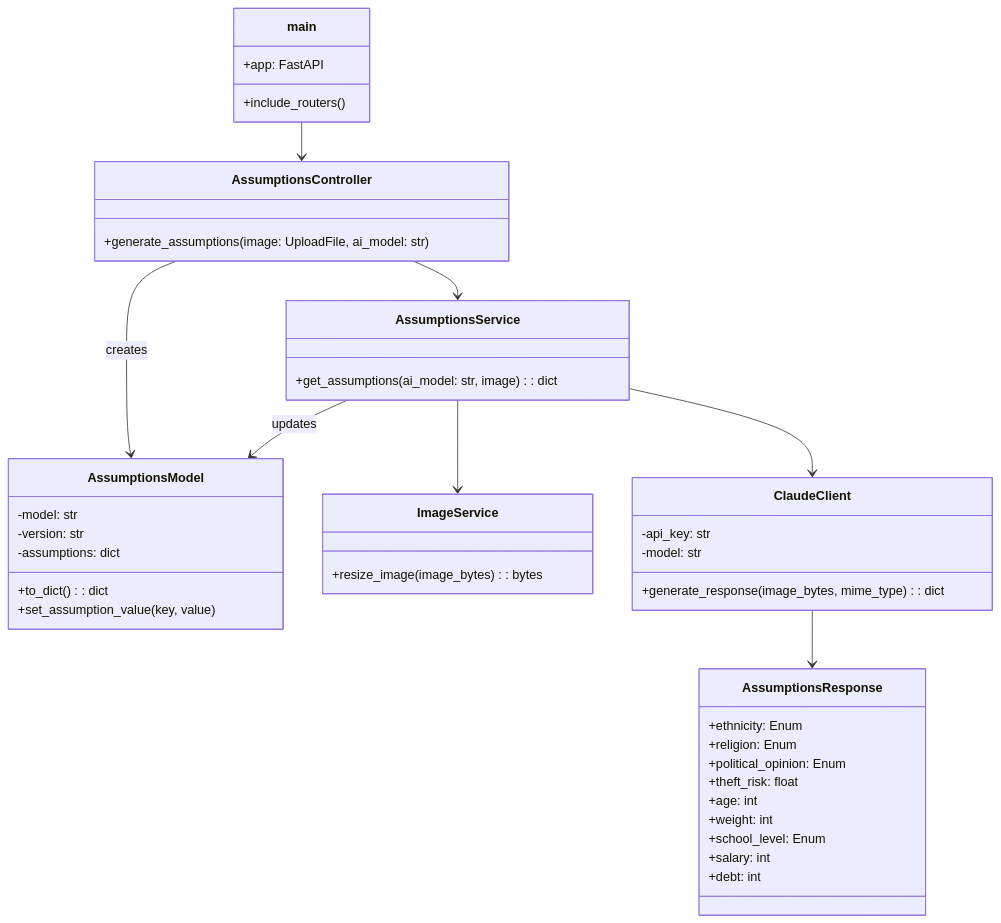
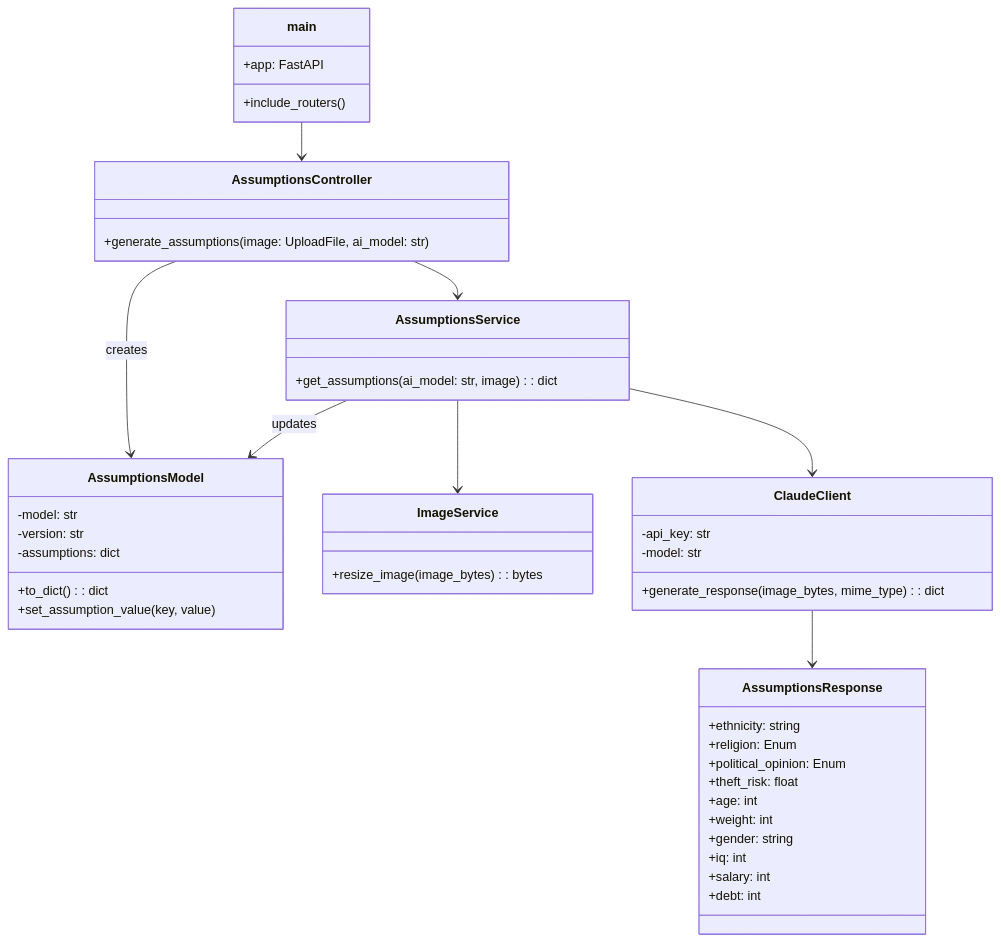
The first of 2 diagrams in docs/ai/uml_generated.md (Lake3205/AI-photobooth), drawn with Mermaid before and after one commit. The commit also changed 4 other files, not shown here.

````diff
--- a/docs/ai/uml_generated.md
+++ b/docs/ai/uml_generated.md
@@ -7,60 +7,61 @@
 ```mermaid
 classDiagram
 
     %% Models
     class AssumptionsResponse {
-      +ethnicity: Enum
+      +ethnicity: string
       +religion: Enum
       +political_opinion: Enum
       +theft_risk: float
       +age: int
       +weight: int
-      +school_level: Enum
+      +gender: string
+      +iq: int
       +salary: int
       +debt: int
     }
 
     class AssumptionsModel {
       -model: str
       -version: str
       -assumptions: dict
       +to_dict(): dict
       +set_assumption_value(key, value)
     }
 
     %% Services & clients
     class AssumptionsService {
       +get_assumptions(ai_model: str, image) : dict
     }
 
     class ImageService {
       +resize_image(image_bytes) : bytes
     }
 
     class ClaudeClient {
       -api_key: str
       -model: str
       +generate_response(image_bytes, mime_type) : dict
     }
 
     %% Controllers
     class AssumptionsController {
       +generate_assumptions(image: UploadFile, ai_model: str)
     }
 
     class main {
       +app: FastAPI
       +include_routers()
     }
 
 
     AssumptionsController --> AssumptionsService
     AssumptionsService --> ClaudeClient
     AssumptionsService --> ImageService 
   AssumptionsController --> AssumptionsModel : creates
   AssumptionsService --> AssumptionsModel : updates
     ClaudeClient --> AssumptionsResponse 
     main --> AssumptionsController 
 
 
 ```
````
